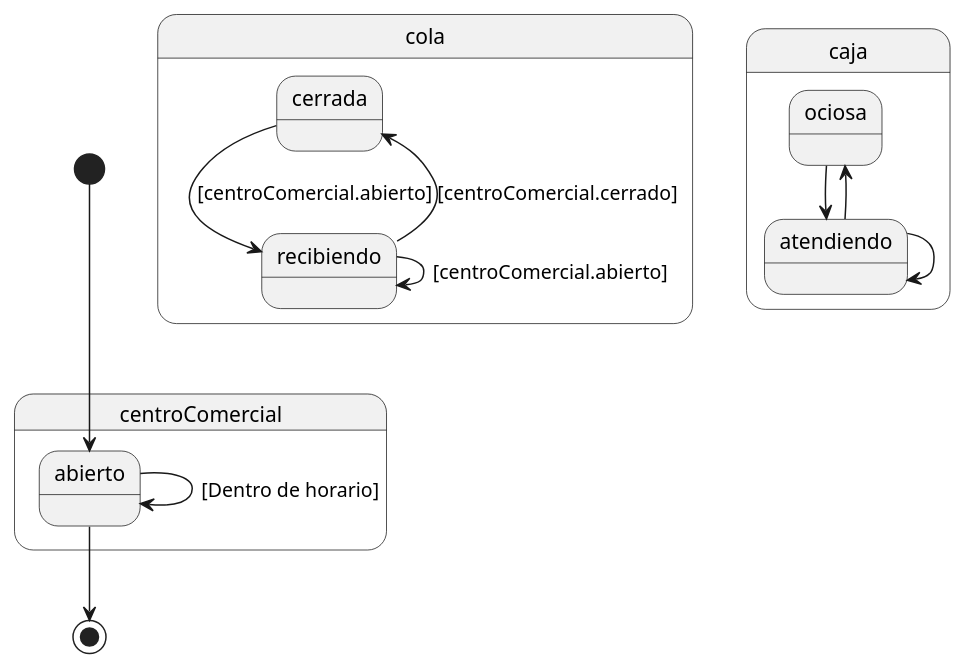
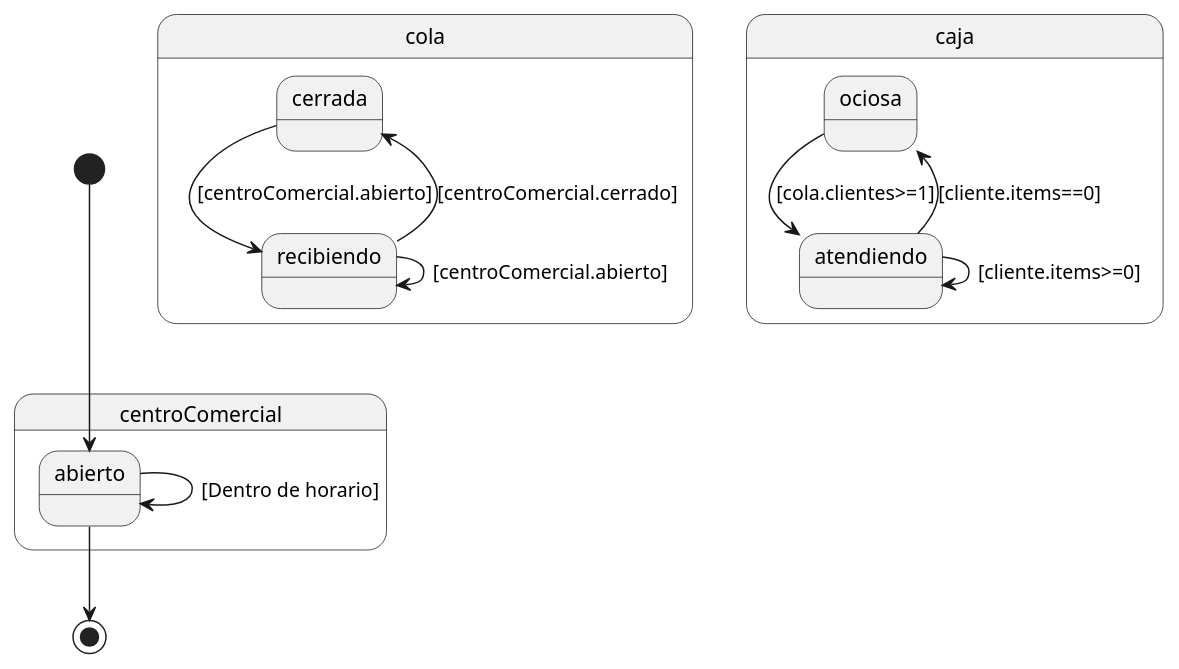
Before and after one commit to mmasias/pyCCCF: the diagram in modelosUML/MdD.de.puml, drawn with PlantUML.

Commit message:
Proceso de creación

```diff
--- a/modelosUML/MdD.de.puml
+++ b/modelosUML/MdD.de.puml
@@ -1,22 +1,18 @@
+state centroComercial {
+    abierto --> abierto : [Dentro de horario]
+}
 
-state centroComercial {
-
-abierto --> abierto : [Dentro de horario]
-
-}
 [*] --> abierto
 abierto --> [*]
-
 
 state cola {
     cerrada --> recibiendo: [centroComercial.abierto]
     recibiendo --> recibiendo: [centroComercial.abierto]
     recibiendo --> cerrada: [centroComercial.cerrado]
 }
 
 state caja {
-    ociosa --> atendiendo
-    atendiendo --> atendiendo
-    atendiendo --> ociosa
-
+    ociosa --> atendiendo:[cola.clientes>=1]
+    atendiendo --> atendiendo:[cliente.items>=0]
+    atendiendo --> ociosa:[cliente.items==0]
 }
```
